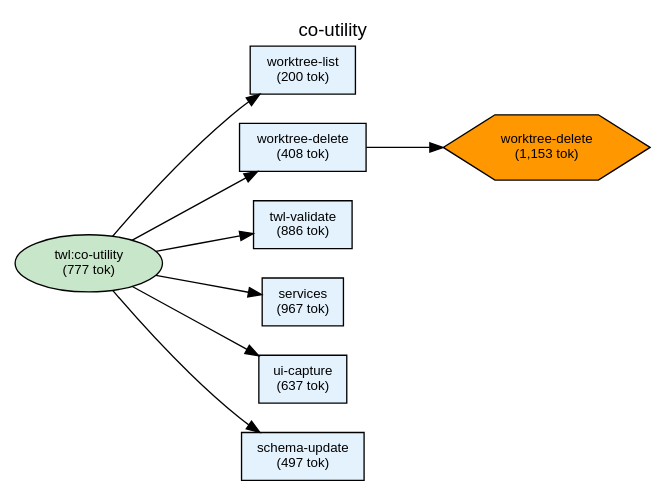
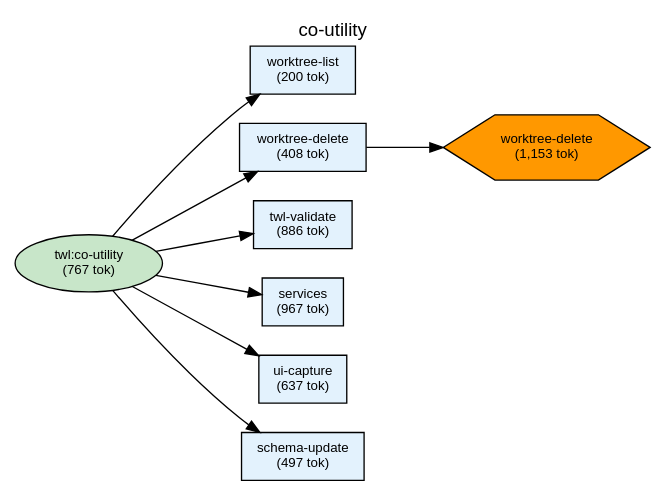
The diagram in plugins/twl/docs/deps-co-utility.dot (shuu5/twill), drawn with Graphviz before and after one commit. The commit also changed 29 other files, not shown here.

```diff
--- a/plugins/twl/docs/deps-co-utility.dot
+++ b/plugins/twl/docs/deps-co-utility.dot
@@ -1,60 +1,60 @@
 digraph Dependencies {
     // Graph settings
     rankdir=LR;
     ranksep=0.8;
     nodesep=0.3;
     fontname="Helvetica";
     node [fontname="Helvetica", fontsize=10];
     edge [fontname="Helvetica", fontsize=9];
     label="co-utility";
     labelloc=t;
     fontsize=14;
 
     // L0: Controller Skills
-    skill_co_utility [label="twl:co-utility\n(777 tok)", shape=ellipse, style=filled, fillcolor="#c8e6c9"];
+    skill_co_utility [label="twl:co-utility\n(767 tok)", shape=ellipse, style=filled, fillcolor="#c8e6c9"];
 
     // L0: Launchers
 
     // L0.5: Workflow Skills
 
     // Reference Skills
 
     // L1: Direct Commands
     cmd_worktree_list [label="worktree-list\n(200 tok)", shape=box, style=filled, fillcolor="#e3f2fd"];
     cmd_twl_validate [label="twl-validate\n(886 tok)", shape=box, style=filled, fillcolor="#e3f2fd"];
     cmd_services [label="services\n(967 tok)", shape=box, style=filled, fillcolor="#e3f2fd"];
     cmd_ui_capture [label="ui-capture\n(637 tok)", shape=box, style=filled, fillcolor="#e3f2fd"];
     cmd_worktree_delete [label="worktree-delete\n(408 tok)", shape=box, style=filled, fillcolor="#e3f2fd"];
     cmd_schema_update [label="schema-update\n(497 tok)", shape=box, style=filled, fillcolor="#e3f2fd"];
 
     // L2: Sub Commands
 
     // L3: Agents
 
     // L3.5: Scripts
     script_worktree_delete [label="worktree-delete\n(1,153 tok)", shape=hexagon, style=filled, fillcolor="#FF9800"];
 
     // L4: External
 
     // Layer constraints
     { rank=same; skill_co_utility; }
     { rank=same; cmd_worktree_list; cmd_twl_validate; cmd_services; cmd_ui_capture; cmd_worktree_delete; cmd_schema_update; }
     { rank=same; script_worktree_delete; }
 
     // Edges
     skill_co_utility -> cmd_worktree_list;
     skill_co_utility -> cmd_worktree_delete;
     skill_co_utility -> cmd_twl_validate;
     skill_co_utility -> cmd_services;
     skill_co_utility -> cmd_ui_capture;
     skill_co_utility -> cmd_schema_update;
     cmd_worktree_delete -> script_worktree_delete;
 
     // Ordering constraints (invisible edges)
     cmd_worktree_list -> cmd_worktree_delete [style=invis, weight=10];
     cmd_worktree_delete -> cmd_twl_validate [style=invis, weight=10];
     cmd_twl_validate -> cmd_services [style=invis, weight=10];
     cmd_services -> cmd_ui_capture [style=invis, weight=10];
     cmd_ui_capture -> cmd_schema_update [style=invis, weight=10];
 
 }
```
